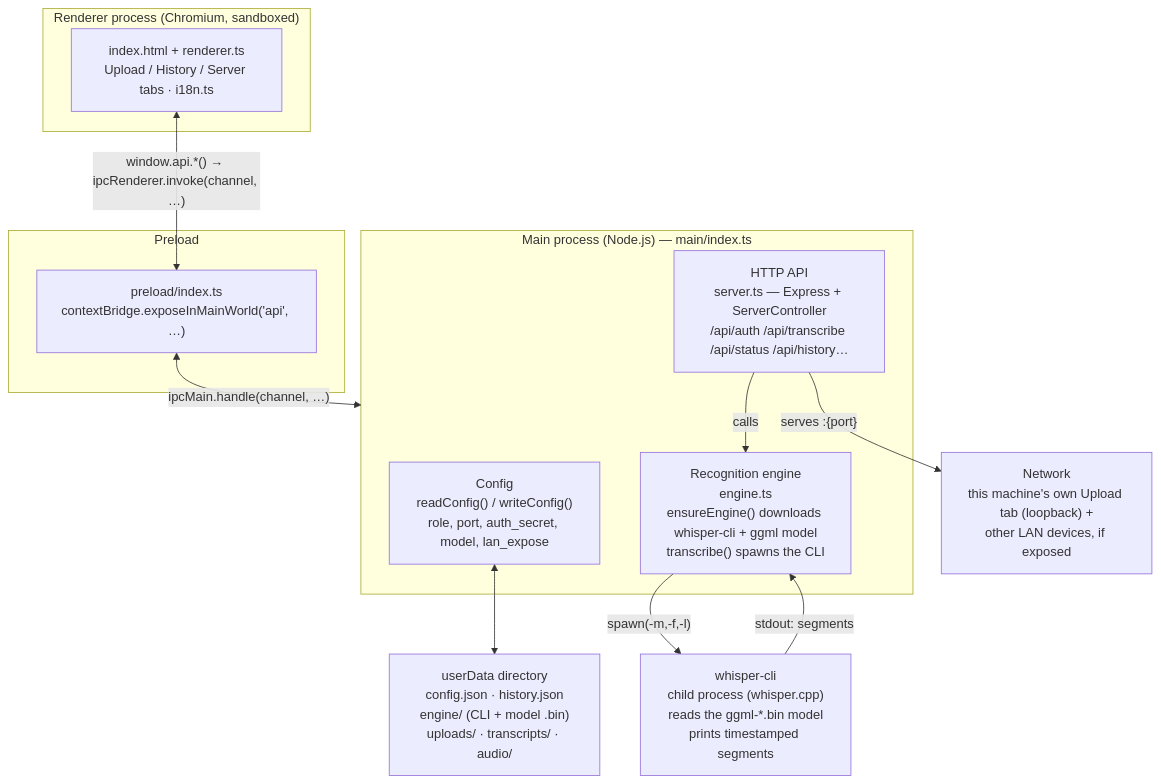
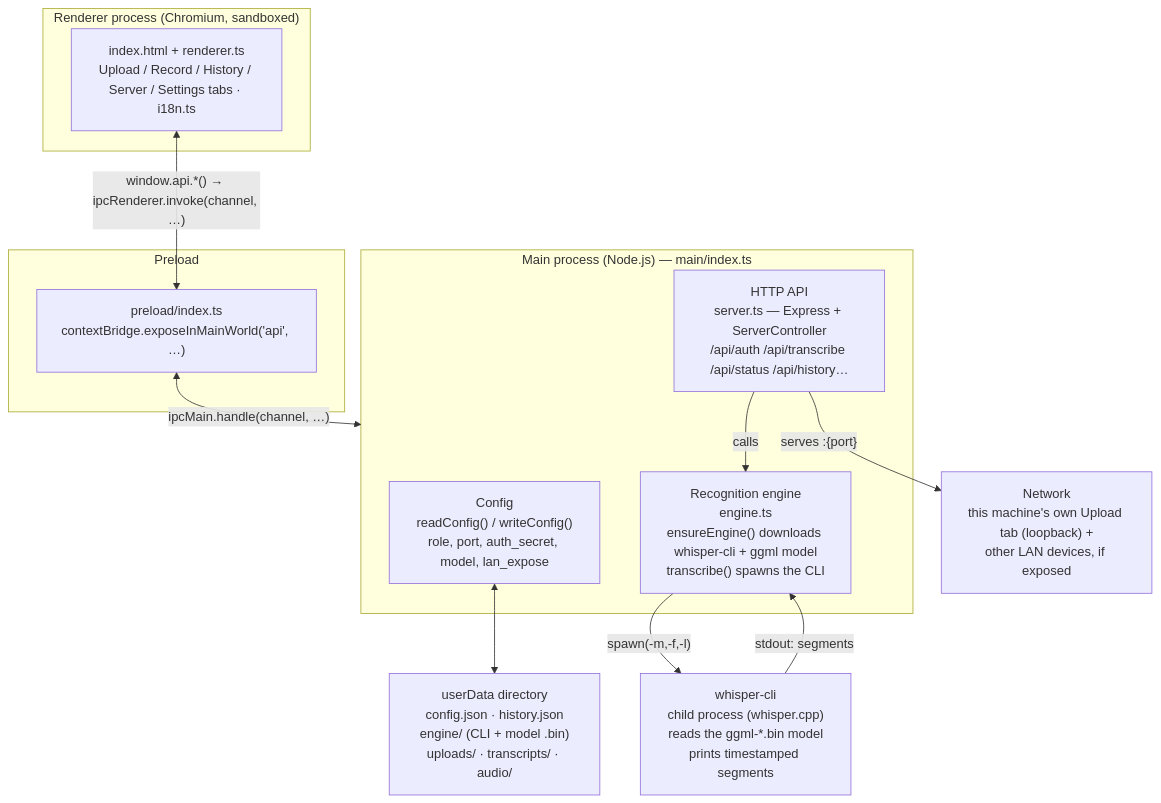
The first of 2 diagrams in README.md (f3an/Mova-Flow), drawn with Mermaid before and after one commit. The commit also changed other lines of this file and 22 other files, not shown here.

First line of the commit message:
docs: new screenshots and docs for recording calls, Record and Settings tabs

````diff
--- a/README.md
+++ b/README.md
@@ -60,28 +61,28 @@
 ```mermaid
 flowchart TB
     subgraph UI["Renderer process (Chromium, sandboxed)"]
-        R["index.html + renderer.ts<br/>Upload / History / Server tabs · i18n.ts"]
+        R["index.html + renderer.ts<br/>Upload / Record / History / Server / Settings tabs · i18n.ts"]
     end
 
     subgraph PL["Preload"]
         P["preload/index.ts<br/>contextBridge.exposeInMainWorld('api', …)"]
     end
 
     subgraph MAIN["Main process (Node.js) — main/index.ts"]
         C["Config<br/>readConfig() / writeConfig()<br/>role, port, auth_secret, model, lan_expose"]
         H["HTTP API<br/>server.ts — Express + ServerController<br/>/api/auth /api/transcribe /api/status /api/history…"]
         E["Recognition engine<br/>engine.ts<br/>ensureEngine() downloads whisper-cli + ggml model<br/>transcribe() spawns the CLI"]
     end
 
     FS["userData directory<br/>config.json · history.json<br/>engine/ (CLI + model .bin)<br/>uploads/ · transcripts/ · audio/"]
     NET["Network<br/>this machine's own Upload tab (loopback) +<br/>other LAN devices, if exposed"]
     CLI["whisper-cli<br/>child process (whisper.cpp)<br/>reads the ggml-*.bin model<br/>prints timestamped segments"]
 
     R <-->|"window.api.*() → ipcRenderer.invoke(channel, …)"| P
     P <-->|"ipcMain.handle(channel, …)"| MAIN
     H -->|calls| E
     C <--> FS
     H -->|"serves :{port}"| NET
     E -->|"spawn(-m,-f,-l)"| CLI
     CLI -->|"stdout: segments"| E
 ```
````
